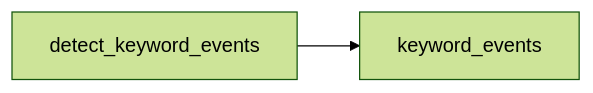
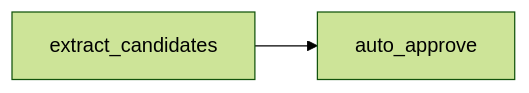
One commit to yeongmin-yu/news-trend-pipeline-dev changed the second of 2 diagrams in docs/develop/Q3_AIRFLOW_DAG.md. Above: the diagram before and after it, drawn with Mermaid (forest theme). The commit also changed other lines of this file, not shown here.

````diff
--- a/docs/develop/Q3_AIRFLOW_DAG.md
+++ b/docs/develop/Q3_AIRFLOW_DAG.md
@@ -351,4 +46,4 @@
 ```mermaid
 flowchart LR
-    A[detect_keyword_events] --> B[keyword_events]
+    A[extract_candidates] --> B[auto_approve]
 ```
````
